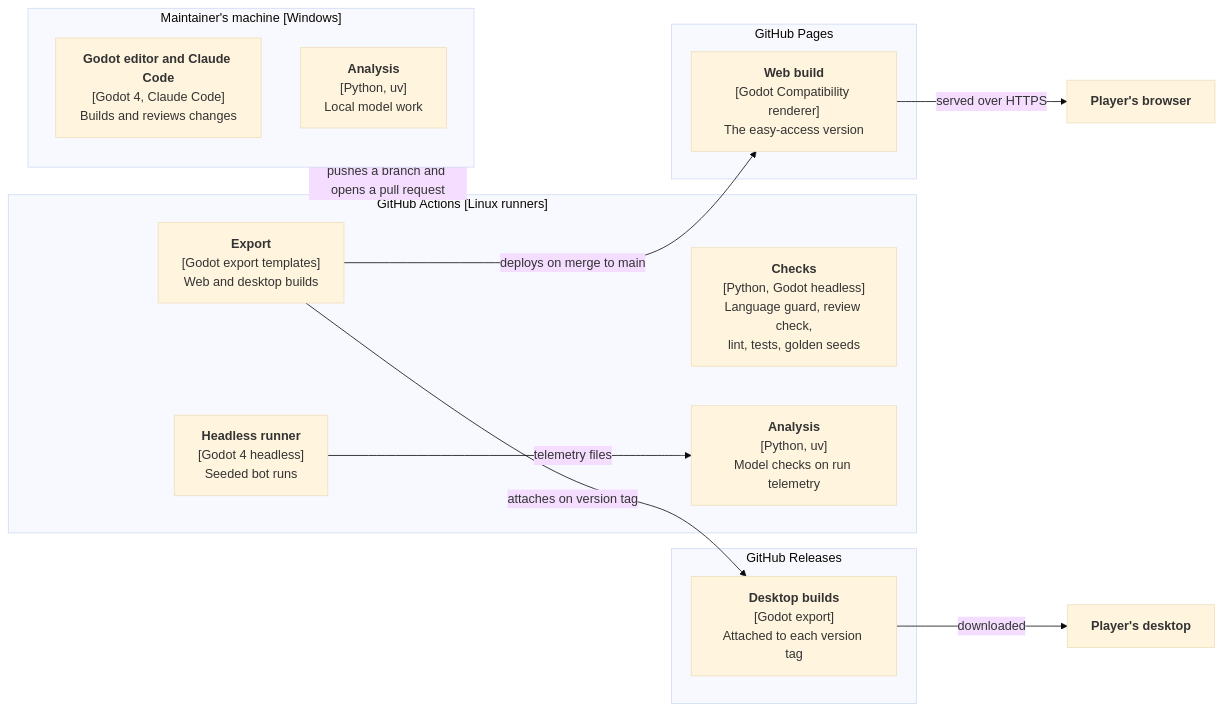
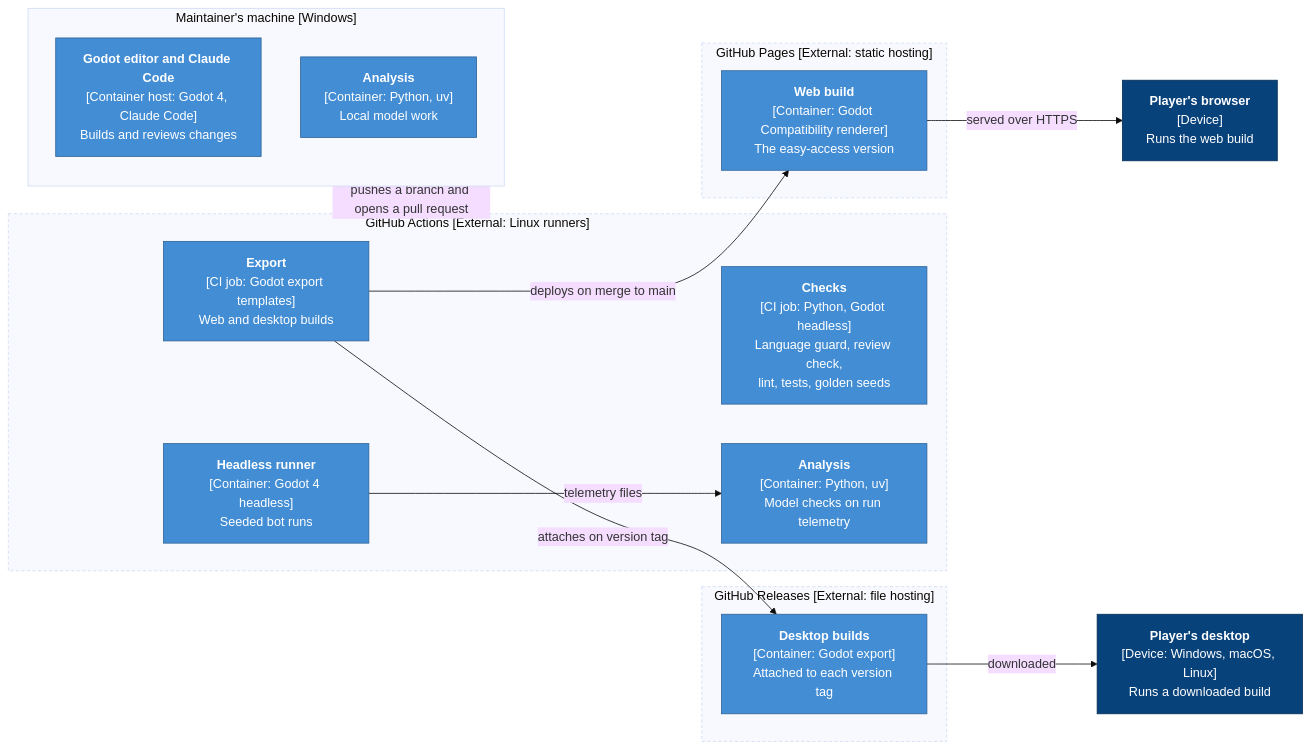
The sixth of 7 diagrams in docs/architecture/overview.md (Huntling94/tallow), drawn with Mermaid (base theme) before and after one commit. The commit also changed other lines of this file and 4 other files, not shown here.

````diff
--- a/docs/architecture/overview.md
+++ b/docs/architecture/overview.md
@@ -188,28 +189,36 @@
 ```mermaid
 flowchart LR
     subgraph dev["Maintainer's machine [Windows]"]
-        editor["<b>Godot editor and Claude Code</b><br/>[Godot 4, Claude Code]<br/>Builds and reviews changes"]
-        localpy["<b>Analysis</b><br/>[Python, uv]<br/>Local model work"]
+        editor["<b>Godot editor and Claude Code</b><br/>[Container host: Godot 4, Claude Code]<br/>Builds and reviews changes"]
+        localpy["<b>Analysis</b><br/>[Container: Python, uv]<br/>Local model work"]
     end
-    subgraph gha["GitHub Actions [Linux runners]"]
-        checks["<b>Checks</b><br/>[Python, Godot headless]<br/>Language guard, review check,<br/>lint, tests, golden seeds"]
-        headless["<b>Headless runner</b><br/>[Godot 4 headless]<br/>Seeded bot runs"]
-        ci_analysis["<b>Analysis</b><br/>[Python, uv]<br/>Model checks on run telemetry"]
-        export["<b>Export</b><br/>[Godot export templates]<br/>Web and desktop builds"]
+    subgraph gha["GitHub Actions [External: Linux runners]"]
+        checks["<b>Checks</b><br/>[CI job: Python, Godot headless]<br/>Language guard, review check,<br/>lint, tests, golden seeds"]
+        headless["<b>Headless runner</b><br/>[Container: Godot 4 headless]<br/>Seeded bot runs"]
+        ci_analysis["<b>Analysis</b><br/>[Container: Python, uv]<br/>Model checks on run telemetry"]
+        export["<b>Export</b><br/>[CI job: Godot export templates]<br/>Web and desktop builds"]
     end
-    subgraph pages["GitHub Pages"]
-        web["<b>Web build</b><br/>[Godot Compatibility renderer]<br/>The easy-access version"]
+    subgraph pages["GitHub Pages [External: static hosting]"]
+        web["<b>Web build</b><br/>[Container: Godot Compatibility renderer]<br/>The easy-access version"]
     end
-    subgraph releases["GitHub Releases"]
-        desktop["<b>Desktop builds</b><br/>[Godot export]<br/>Attached to each version tag"]
+    subgraph releases["GitHub Releases [External: file hosting]"]
+        desktop["<b>Desktop builds</b><br/>[Container: Godot export]<br/>Attached to each version tag"]
     end
-    browser["<b>Player's browser</b>"]
-    pc["<b>Player's desktop</b>"]
+    browser["<b>Player's browser</b><br/>[Device]<br/>Runs the web build"]
+    pc["<b>Player's desktop</b><br/>[Device: Windows, macOS, Linux]<br/>Runs a downloaded build"]
 
     dev -- "pushes a branch and opens a pull request" --> gha
     headless -- "telemetry files" --> ci_analysis
     export -- "deploys on merge to main" --> web
     export -- "attaches on version tag" --> desktop
     web -- "served over HTTPS" --> browser
     desktop -- "downloaded" --> pc
+
+    classDef container fill:#438dd5,color:#fff,stroke:#2e6295
+    classDef device fill:#08427b,color:#fff,stroke:#052e56
+    class editor,localpy,checks,headless,ci_analysis,export,web,desktop container
+    class browser,pc device
+    style gha stroke-dasharray:4 3
+    style pages stroke-dasharray:4 3
+    style releases stroke-dasharray:4 3
 ```
````
